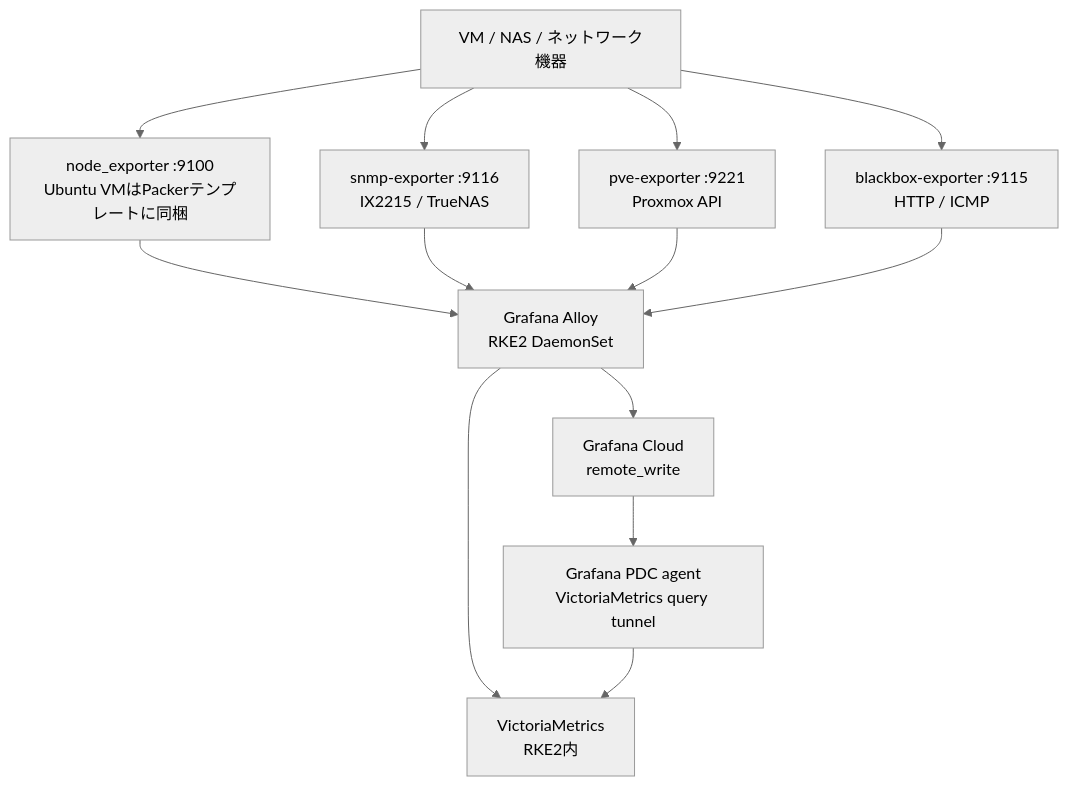
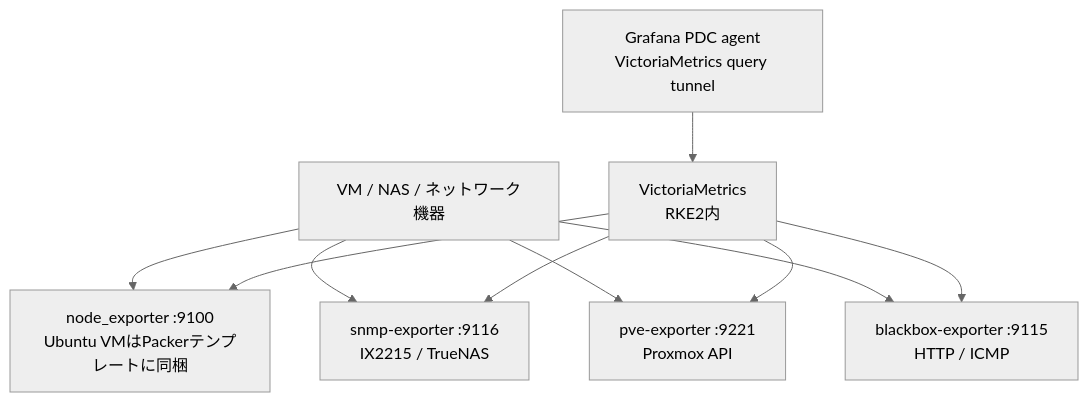
One commit to miutaku/my-infra changed the fourth of 4 diagrams in README.md. Above: the diagram before and after it, drawn with Mermaid (neutral theme). The commit also changed other lines of this file and 25 other files, not shown here.

First line of the commit message:
Remove Grafana Alloy configuration and related resources

````diff
--- a/README.md
+++ b/README.md
@@ -335,24 +331,20 @@
 ```mermaid
 flowchart TB
   Hosts[VM / NAS / ネットワーク機器]
   Node[node_exporter :9100<br/>Ubuntu VMはPackerテンプレートに同梱]
   SNMP[snmp-exporter :9116<br/>IX2215 / TrueNAS]
   PVE[pve-exporter :9221<br/>Proxmox API]
   Blackbox[blackbox-exporter :9115<br/>HTTP / ICMP]
-  Alloy[Grafana Alloy<br/>RKE2 DaemonSet]
   VM[VictoriaMetrics<br/>RKE2内]
-  Cloud[Grafana Cloud<br/>remote_write]
   PDC[Grafana PDC agent<br/>VictoriaMetrics query tunnel]
 
   Hosts --> Node
   Hosts --> SNMP
   Hosts --> PVE
   Hosts --> Blackbox
-  Node --> Alloy
-  SNMP --> Alloy
-  PVE --> Alloy
-  Blackbox --> Alloy
-  Alloy --> VM
-  Alloy --> Cloud
-  Cloud --> PDC --> VM
+  VM --> Node
+  VM --> SNMP
+  VM --> PVE
+  VM --> Blackbox
+  PDC --> VM
 ```
````
